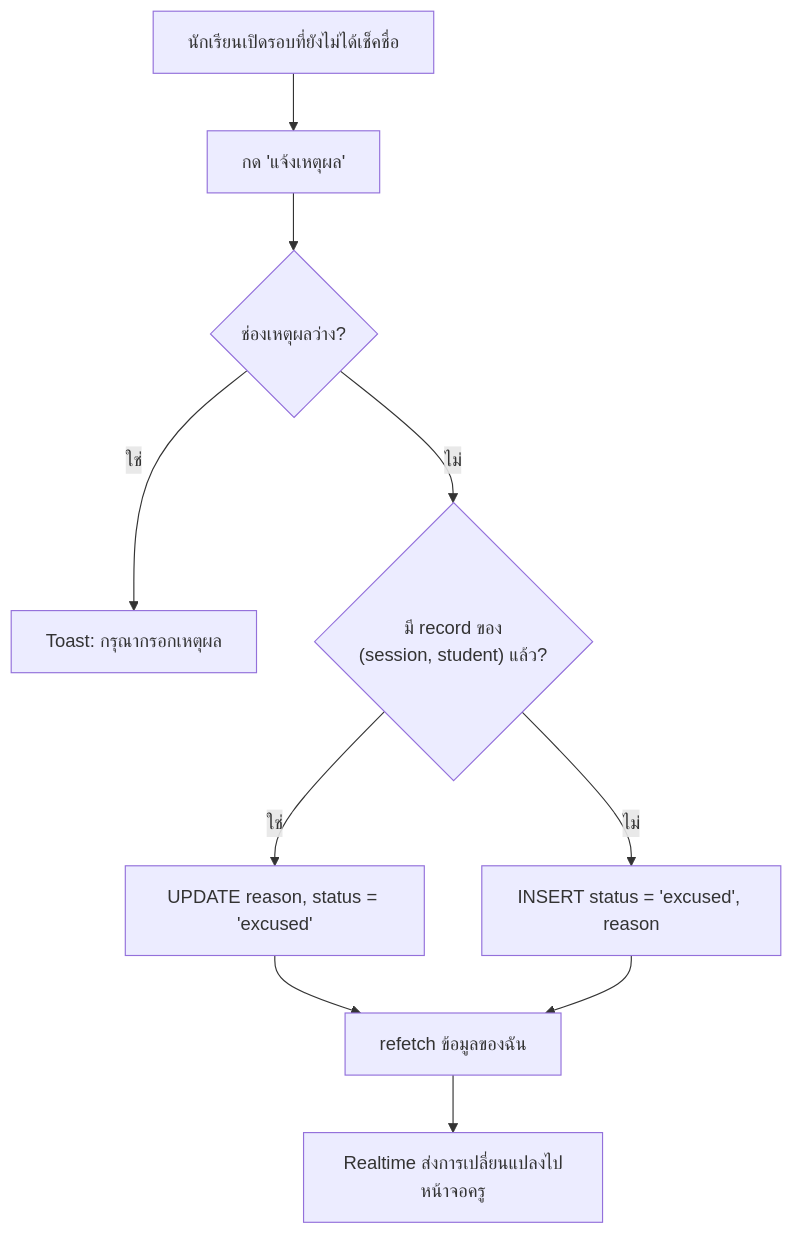
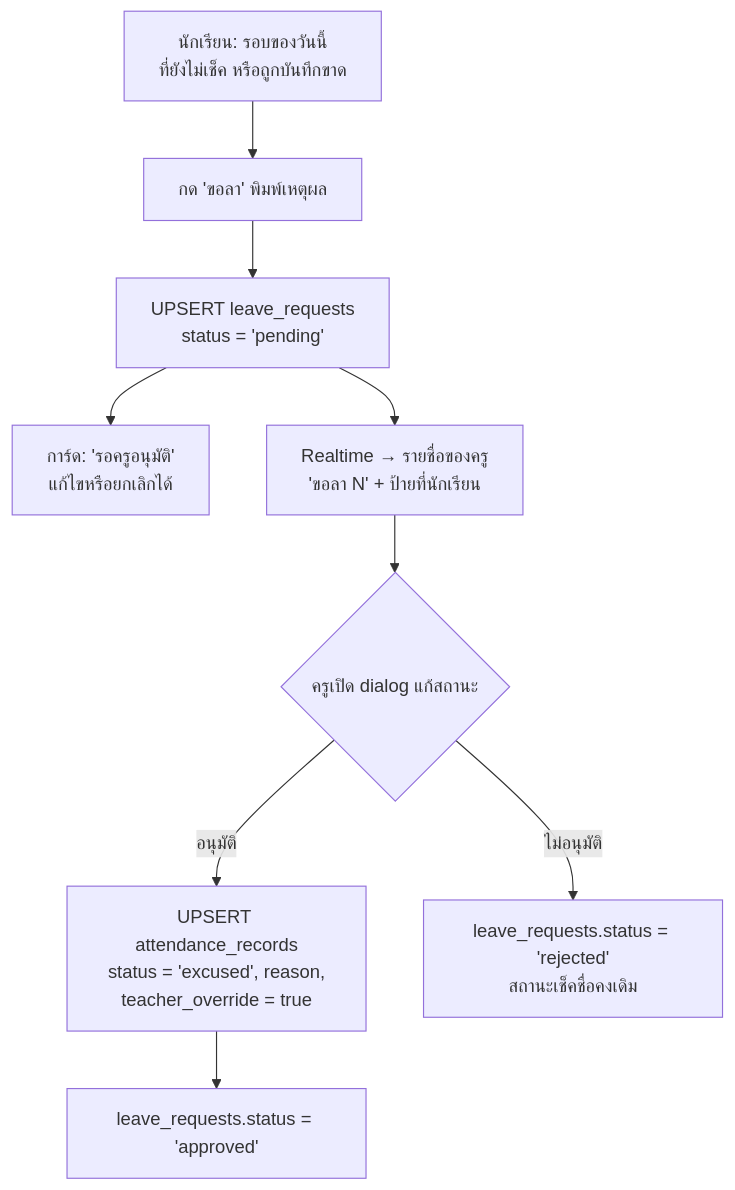
The seventh of 15 diagrams in README.th.md (wachirawitraksa/marching-band-attendance), drawn with Mermaid before and after one commit. The commit also changed other lines of this file and 1 other file, not shown here.

````diff
--- a/README.th.md
+++ b/README.th.md
@@ -341,12 +364,11 @@
 ```mermaid
 flowchart TD
-    S["นักเรียนเปิดรอบที่ยังไม่ได้เช็คชื่อ"] --> Btn["กด 'แจ้งเหตุผล'"]
-    Btn --> V{"ช่องเหตุผลว่าง?"}
-    V -- ใช่ --> Err["Toast: กรุณากรอกเหตุผล"]
-    V -- ไม่ --> Ex{"มี record ของ<br/>(session, student) แล้ว?"}
-    Ex -- ใช่ --> U["UPDATE reason, status = 'excused'"]
-    Ex -- ไม่ --> I["INSERT status = 'excused', reason"]
-    U --> Re["refetch ข้อมูลของฉัน"]
-    I --> Re
-    Re --> Rt["Realtime ส่งการเปลี่ยนแปลงไปหน้าจอครู"]
+    S["นักเรียน: รอบของวันนี้<br/>ที่ยังไม่เช็ค หรือถูกบันทึกขาด"] --> Btn["กด 'ขอลา' พิมพ์เหตุผล"]
+    Btn --> Up["UPSERT leave_requests<br/>status = 'pending'"]
+    Up --> P["การ์ด: 'รอครูอนุมัติ'<br/>แก้ไขหรือยกเลิกได้"]
+    Up --> RT["Realtime → รายชื่อของครู<br/>'ขอลา N' + ป้ายที่นักเรียน"]
+    RT --> T{"ครูเปิด dialog แก้สถานะ"}
+    T -- อนุมัติ --> A["UPSERT attendance_records<br/>status = 'excused', reason,<br/>teacher_override = true"]
+    A --> D1["leave_requests.status = 'approved'"]
+    T -- ไม่อนุมัติ --> D2["leave_requests.status = 'rejected'<br/>สถานะเช็คชื่อคงเดิม"]
 ```
````
